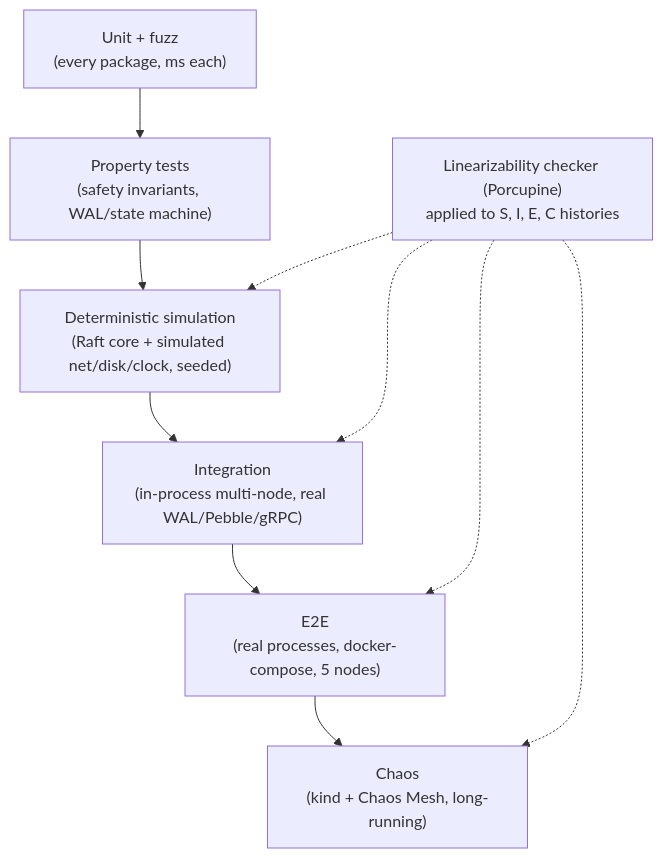
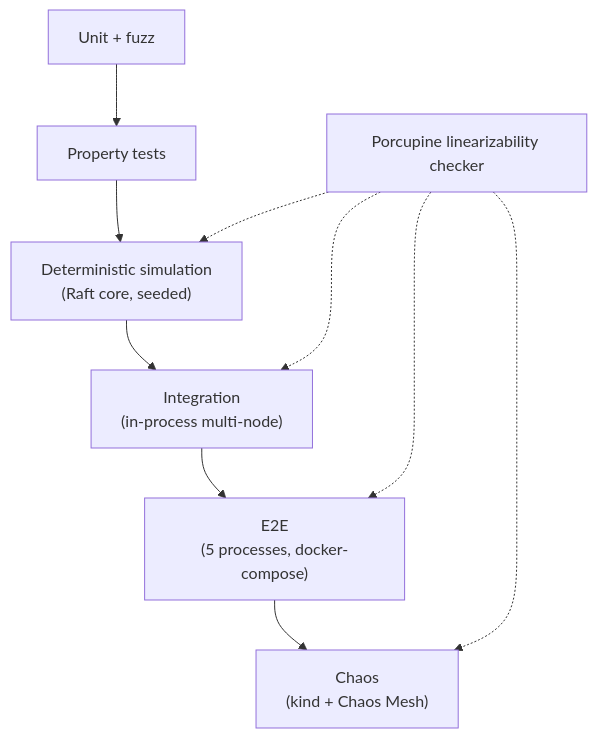
One commit to bibekgupta3333/raftkv-distributed-store changed the diagram in docs/testing.md. Above: the diagram before and after it, drawn with Mermaid. The commit also changed other lines of this file and 1 other file, not shown here.

````diff
--- a/docs/testing.md
+++ b/docs/testing.md
@@ -35,15 +28,15 @@
 ```mermaid
 flowchart TB
-    U["Unit + fuzz<br/>(every package, ms each)"]
-    P["Property tests<br/>(safety invariants, WAL/state machine)"]
-    S["Deterministic simulation<br/>(Raft core + simulated net/disk/clock, seeded)"]
-    I["Integration<br/>(in-process multi-node, real WAL/Pebble/gRPC)"]
-    E["E2E<br/>(real processes, docker-compose, 5 nodes)"]
-    C["Chaos<br/>(kind + Chaos Mesh, long-running)"]
-    L["Linearizability checker (Porcupine)<br/>applied to S, I, E, C histories"]
+    U["Unit + fuzz"]
+    P["Property tests"]
+    S["Deterministic simulation<br/>(Raft core, seeded)"]
+    I["Integration<br/>(in-process multi-node)"]
+    E["E2E<br/>(5 processes, docker-compose)"]
+    C["Chaos<br/>(kind + Chaos Mesh)"]
+    L["Porcupine linearizability checker"]
     U --> P --> S --> I --> E --> C
     L -.-> S
     L -.-> I
     L -.-> E
     L -.-> C
 ```
````
